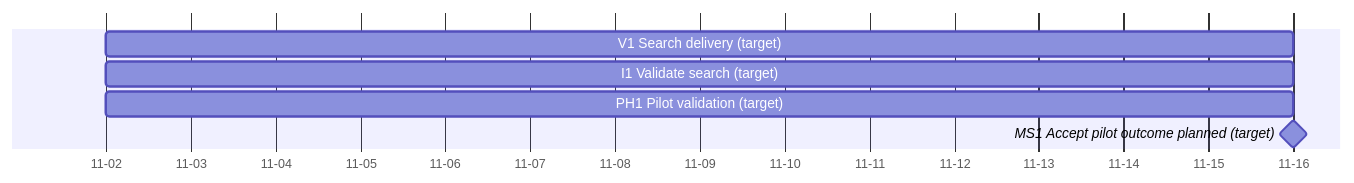
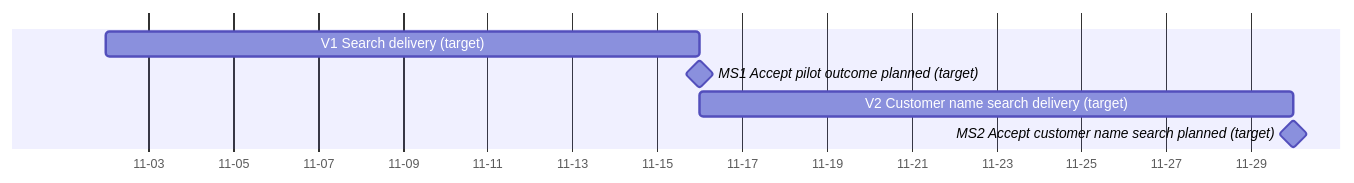
One commit to nesnilnehc/ai-cortex changed the diagram in skills/define-roadmap/references/languages/en/roadmap.mmd. Above: the diagram before and after it, drawn with Mermaid. The commit also changed 127 other files, not shown here.

First line of the commit message:
feat(roadmap)!: separate planning evidence from delivery views

```diff
--- a/skills/define-roadmap/references/languages/en/roadmap.mmd
+++ b/skills/define-roadmap/references/languages/en/roadmap.mmd
@@ -1,8 +1,8 @@
 gantt
     dateFormat YYYY-MM-DD
     axisFormat %m-%d
     todayMarker off
     V1 Search delivery (target) :V1, 2026-11-02, 14d
-    I1 Validate search (target) :I1, 2026-11-02, 14d
-    PH1 Pilot validation (target) :PH1, 2026-11-02, 14d
     MS1 Accept pilot outcome planned (target) :milestone, MS1, 2026-11-16, 0d
+    V2 Customer name search delivery (target) :V2, 2026-11-16, 14d
+    MS2 Accept customer name search planned (target) :milestone, MS2, 2026-11-30, 0d
```
